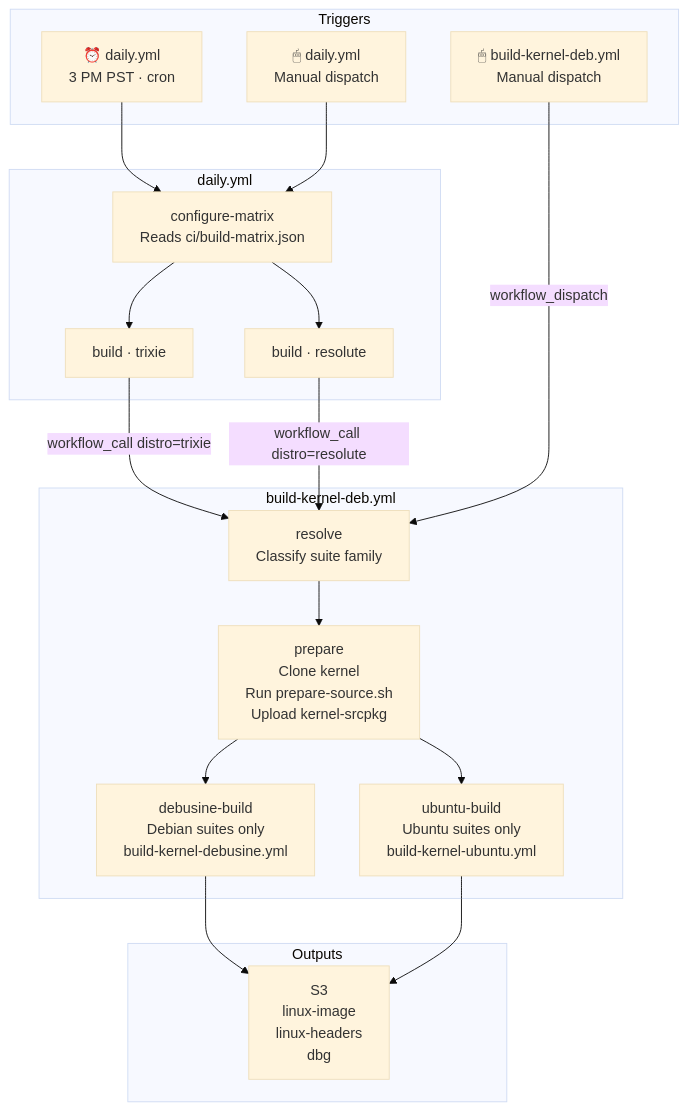
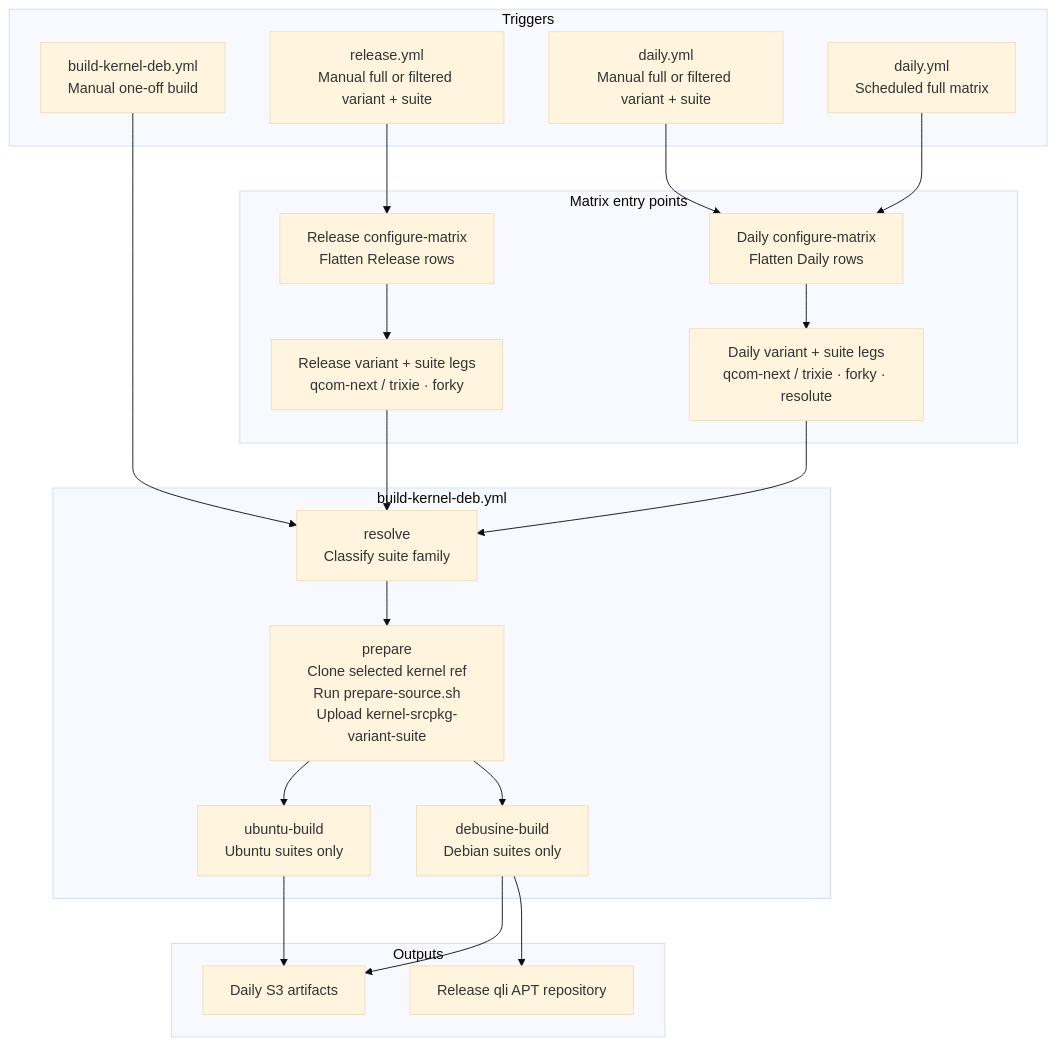
The second of 6 diagrams in README.md (qualcomm-linux/pkg-linux-qcom), drawn with Mermaid (base theme) before and after one commit. The commit also changed other lines of this file, not shown here.

First line of the commit message:
docs: describe matrix-driven production kernel delivery

````diff
--- a/README.md
+++ b/README.md
@@ -120,37 +189,39 @@
 ```mermaid
 flowchart TD
-    subgraph Triggers
-        A1["⏰ daily.yml\n3 PM PST · cron"]
-        A2["🖱 daily.yml\nManual dispatch"]
-        A3["🖱 build-kernel-deb.yml\nManual dispatch"]
+    subgraph triggers[Triggers]
+        A1["daily.yml\nScheduled full matrix"]
+        A2["daily.yml\nManual full or filtered variant + suite"]
+        A3["release.yml\nManual full or filtered variant + suite"]
+        A4["build-kernel-deb.yml\nManual one-off build"]
     end
 
-    subgraph daily["daily.yml"]
-        B1["configure-matrix\nReads ci/build-matrix.json"]
-        B2["build · trixie"]
-        B3["build · resolute"]
+    subgraph matrix[Matrix entry points]
+        B1["Daily configure-matrix\nFlatten Daily rows"]
+        B2["Daily variant + suite legs\nqcom-next / trixie · forky · resolute"]
+        B3["Release configure-matrix\nFlatten Release rows"]
+        B4["Release variant + suite legs\nqcom-next / trixie · forky"]
     end
 
-    subgraph orchestrator["build-kernel-deb.yml"]
+    subgraph orchestrator[build-kernel-deb.yml]
         C1["resolve\nClassify suite family"]
-        C2["prepare\nClone kernel\nRun prepare-source.sh\nUpload kernel-srcpkg"]
-        C3["debusine-build\nDebian suites only\nbuild-kernel-debusine.yml"]
-        C4["ubuntu-build\nUbuntu suites only\nbuild-kernel-ubuntu.yml"]
+        C2["prepare\nClone selected kernel ref\nRun prepare-source.sh\nUpload kernel-srcpkg-variant-suite"]
+        C3["debusine-build\nDebian suites only"]
+        C4["ubuntu-build\nUbuntu suites only"]
     end
 
-    subgraph out["Outputs"]
-        D1["S3\nlinux-image\nlinux-headers\ndbg"]
+    subgraph outputs[Outputs]
+        D1["Daily S3 artifacts"]
+        D2["Release qli APT repository"]
     end
 
     A1 --> B1
     A2 --> B1
-    B1 --> B2 & B3
-    B2 -->|workflow_call distro=trixie| C1
-    B3 -->|workflow_call distro=resolute| C1
-    A3 -->|workflow_dispatch| C1
-
+    A3 --> B3
+    B1 --> B2 --> C1
+    B3 --> B4 --> C1
+    A4 --> C1
     C1 --> C2
     C2 --> C3 & C4
-    C3 --> D1
+    C3 --> D1 & D2
     C4 --> D1
 ```
````
